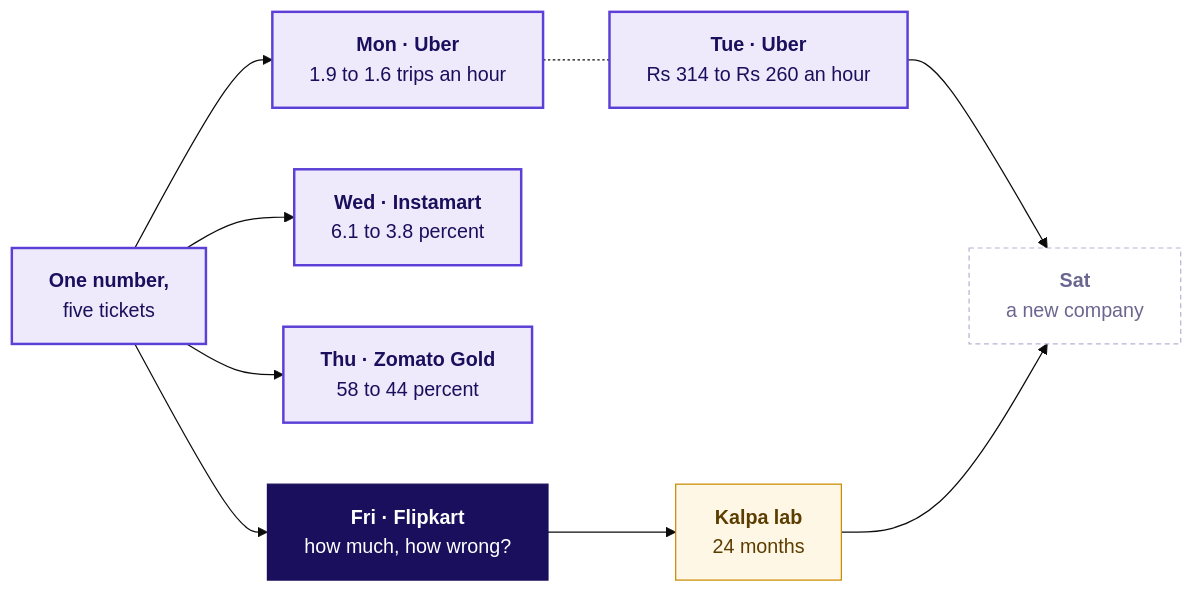
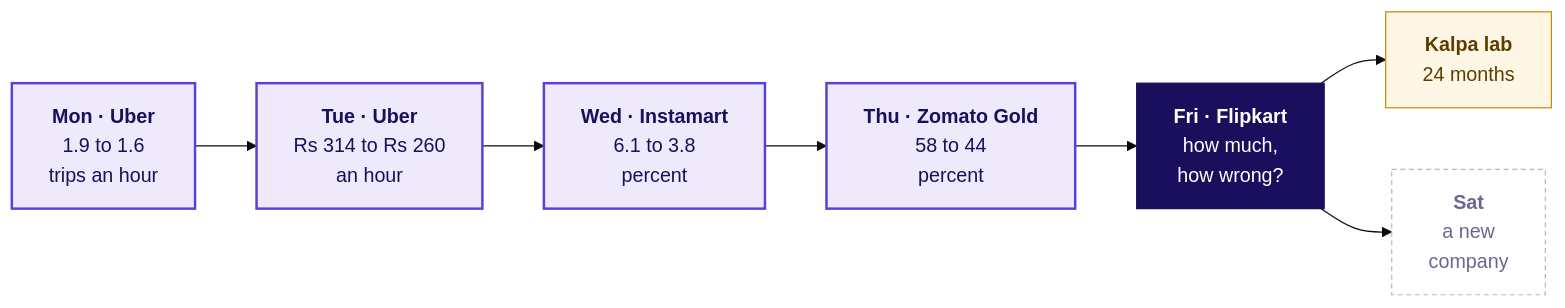
One commit to fde-academy-lab/c2-content-factory changed the first of 3 diagrams in content/W04/D5/slides/C2_W04_D05_half1_STUDENT.md. Above: the diagram before and after it, drawn with Mermaid (base theme). The commit also changed other lines of this file and 5 other files, not shown here.

````diff
--- a/content/W04/D5/slides/C2_W04_D05_half1_STUDENT.md
+++ b/content/W04/D5/slides/C2_W04_D05_half1_STUDENT.md
@@ -40,27 +40,17 @@
 ```mermaid
 flowchart LR
-    C["<b>One number,</b><br/>five tickets"]
-    M["<b>Mon · Uber</b><br/>1.9 to 1.6 trips an hour"]
-    T["<b>Tue · Uber</b><br/>Rs 314 to Rs 260 an hour"]
-    W["<b>Wed · Instamart</b><br/>6.1 to 3.8 percent"]
-    H["<b>Thu · Zomato Gold</b><br/>58 to 44 percent"]
-    F["<b>Fri · Flipkart</b><br/>how much, how wrong?"]
-    S["<b>Sat</b><br/>a new company"]
-    K["<b>Kalpa lab</b><br/>24 months"]
-    C --> M
-    C --> W
-    C --> H
-    C --> F
-    M -.- T
-    F --> K
-    T --> S
-    K --> S
+    M["<b>Mon · Uber</b><br/>1.9 to 1.6<br/>trips an hour"] --> T["<b>Tue · Uber</b><br/>Rs 314 to Rs 260<br/>an hour"]
+    T --> W["<b>Wed · Instamart</b><br/>6.1 to 3.8<br/>percent"]
+    W --> H["<b>Thu · Zomato Gold</b><br/>58 to 44<br/>percent"]
+    H --> F["<b>Fri · Flipkart</b><br/>how much,<br/>how wrong?"]
+    F --> K["<b>Kalpa lab</b><br/>24 months"]
+    F --> S["<b>Sat</b><br/>a new<br/>company"]
     classDef lit fill:#1A0F5C,stroke:#1A0F5C,color:#FFFFFF
     classDef known fill:#EEEAFB,stroke:#5B3FD6,color:#1A0F5C,stroke-width:2px
     classDef unknown fill:#FFFFFF,stroke:#B8B2D6,color:#6B6690,stroke-dasharray:4 3
     classDef kalpa fill:#FFF7E6,stroke:#C98A00,color:#5C3D00
-    class C,M,T,W,H known
+    class M,T,W,H known
     class F lit
     class S unknown
     class K kalpa
 ```
````
